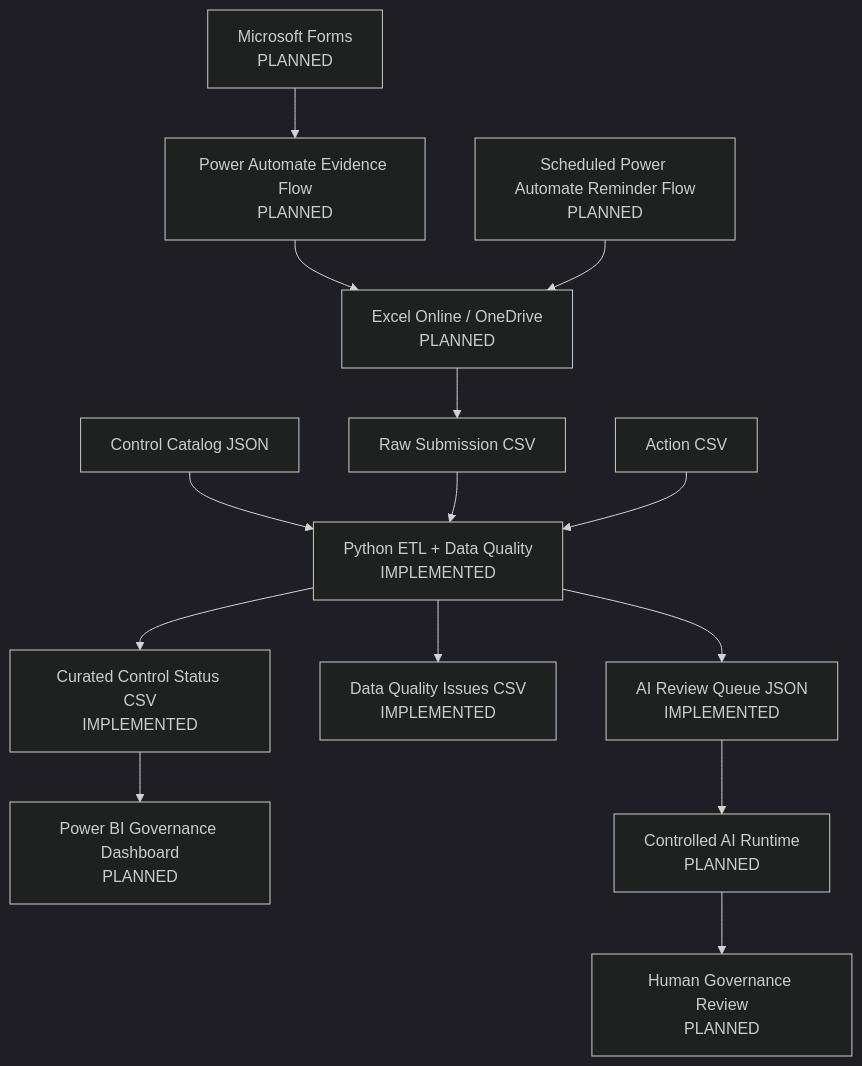
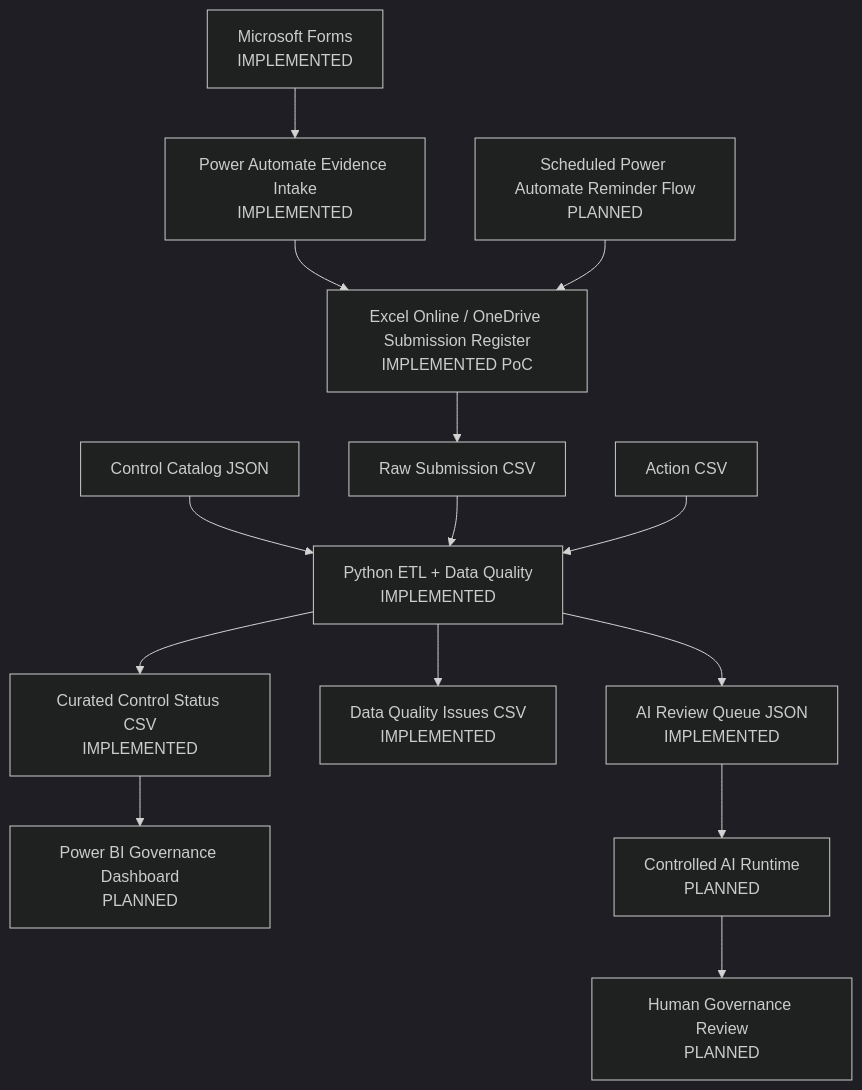
Before and after one commit to gw-ai-security/cyber-governance-automation-lab: the diagram in README.md, drawn with Mermaid (dark theme). The commit also changed other lines of this file and 11 other files, not shown here.

Commit message:
docs: document Phase 5 Power Automate evidence intake

````diff
--- a/README.md
+++ b/README.md
@@ -59,17 +59,16 @@
 ```mermaid
 flowchart TD
-    A[Microsoft Forms<br/>PLANNED] --> B[Power Automate Evidence Flow<br/>PLANNED]
-    B --> C[Excel Online / OneDrive<br/>PLANNED]
+    A[Microsoft Forms<br/>IMPLEMENTED] --> B[Power Automate Evidence Intake<br/>IMPLEMENTED]
+    B --> C[Excel Online / OneDrive Submission Register<br/>IMPLEMENTED PoC]
     C --> D[Raw Submission CSV]
     E[Control Catalog JSON] --> F[Python ETL + Data Quality<br/>IMPLEMENTED]
     D --> F
     G[Action CSV] --> F
     F --> H[Curated Control Status CSV<br/>IMPLEMENTED]
     F --> I[Data Quality Issues CSV<br/>IMPLEMENTED]
     F --> J[AI Review Queue JSON<br/>IMPLEMENTED]
     H --> K[Power BI Governance Dashboard<br/>PLANNED]
     J --> L[Controlled AI Runtime<br/>PLANNED]
     L --> M[Human Governance Review<br/>PLANNED]
-
     N[Scheduled Power Automate Reminder Flow<br/>PLANNED] --> C
 ```
````
